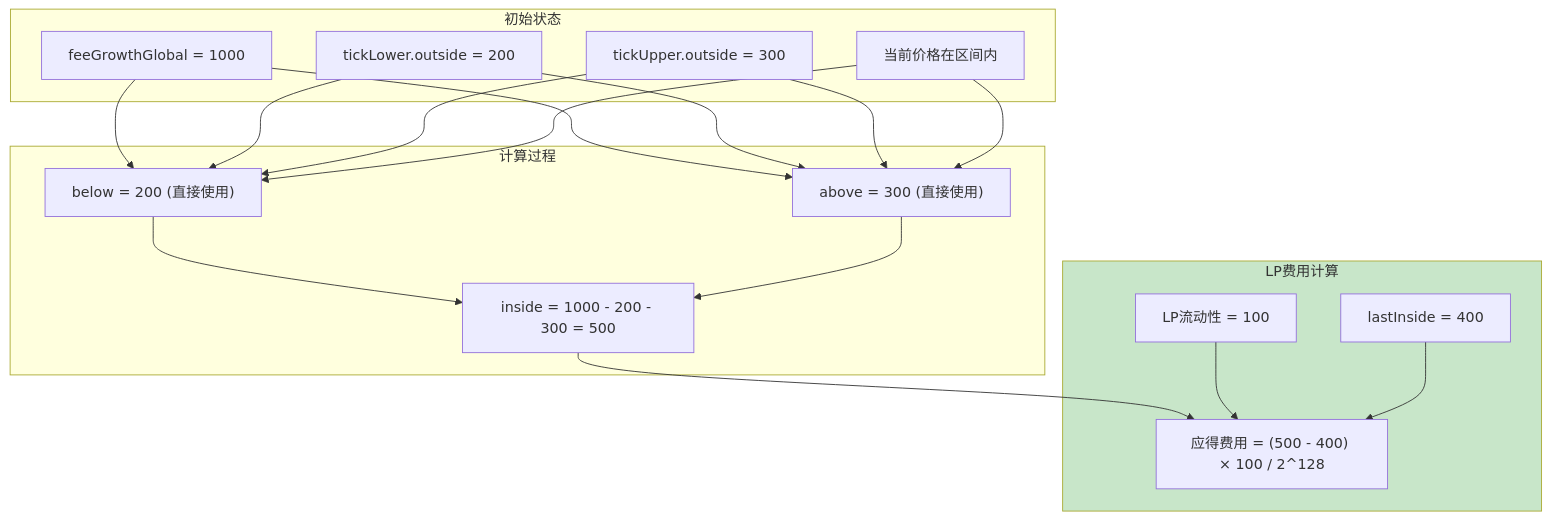
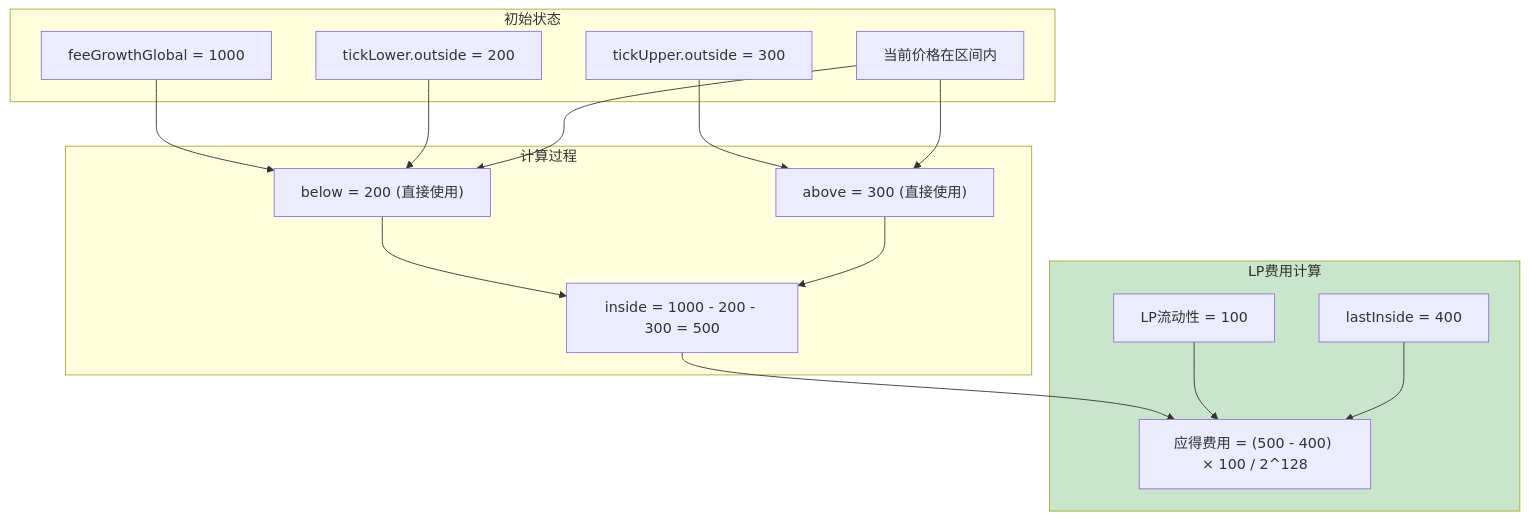
The sixth of 17 diagrams in DApp_Development/应用场景/defi/uniswap/v3/06-费用系统与预言机.md (blockchainGuide/blockchainguide), drawn with Mermaid before and after one commit. The commit also changed other lines of this file and 14 other files, not shown here.

````diff
--- a/DApp_Development/应用场景/defi/uniswap/v3/06-费用系统与预言机.md
+++ b/DApp_Development/应用场景/defi/uniswap/v3/06-费用系统与预言机.md
@@ -239,27 +239,34 @@
 ```mermaid
 flowchart TB
-    subgraph 初始状态
+    subgraph InitGroup["初始状态"]
         G["feeGrowthGlobal = 1000"]
         TL["tickLower.outside = 200"]
         TU["tickUpper.outside = 300"]
         P["当前价格在区间内"]
     end
 
-    subgraph 计算过程
+    subgraph CalcGroup["计算过程"]
         B["below = 200 (直接使用)"]
         A["above = 300 (直接使用)"]
         I["inside = 1000 - 200 - 300 = 500"]
     end
 
-    subgraph LP费用计算
+    subgraph LPFeeGroup["LP费用计算"]
         L["LP流动性 = 100"]
         LAST["lastInside = 400"]
         FEE["应得费用 = (500 - 400) × 100 / 2^128"]
     end
 
-    G & TL & TU & P --> B & A
-    B & A --> I
-    I & L & LAST --> FEE
+    G --> B
+    TL --> B
+    TU --> A
+    P --> B
+    P --> A
+    B --> I
+    A --> I
+    I --> FEE
+    L --> FEE
+    LAST --> FEE
 
-    style LP费用计算 fill:#c8e6c9
+    style LPFeeGroup fill:#c8e6c9
 ```
````
